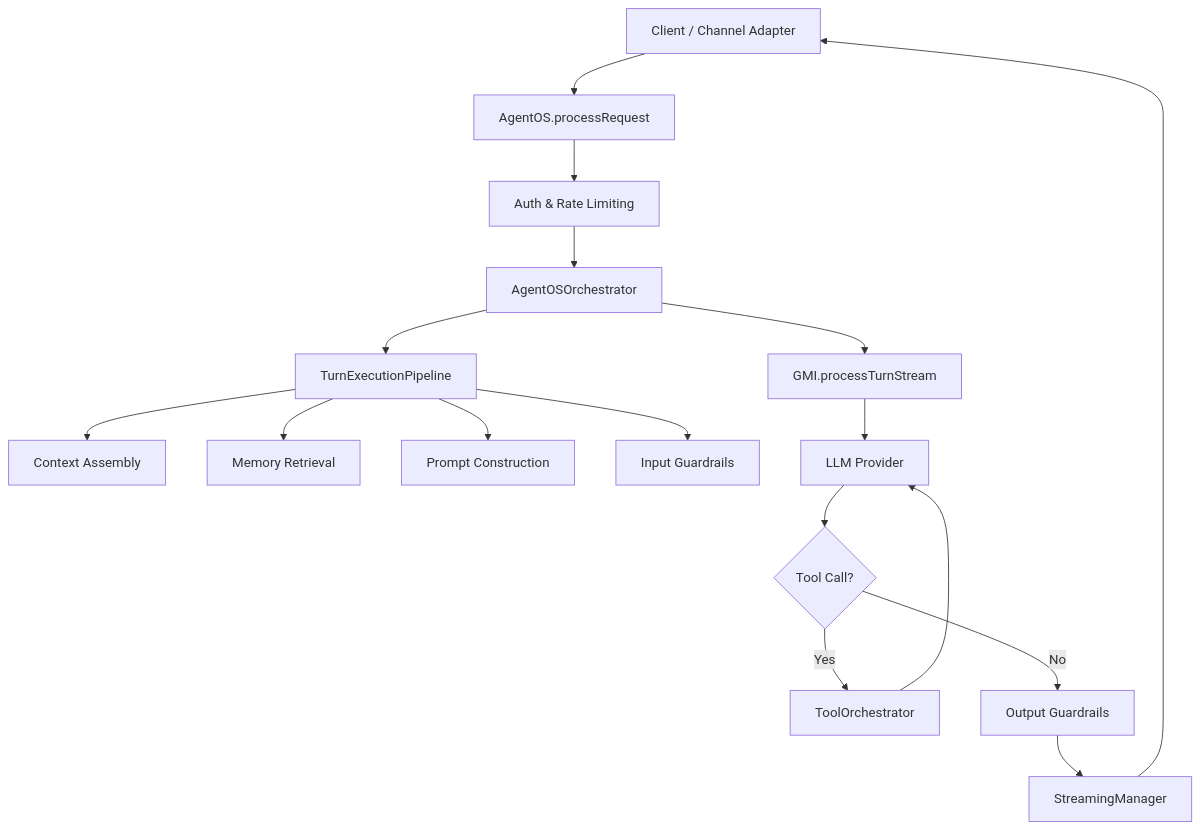
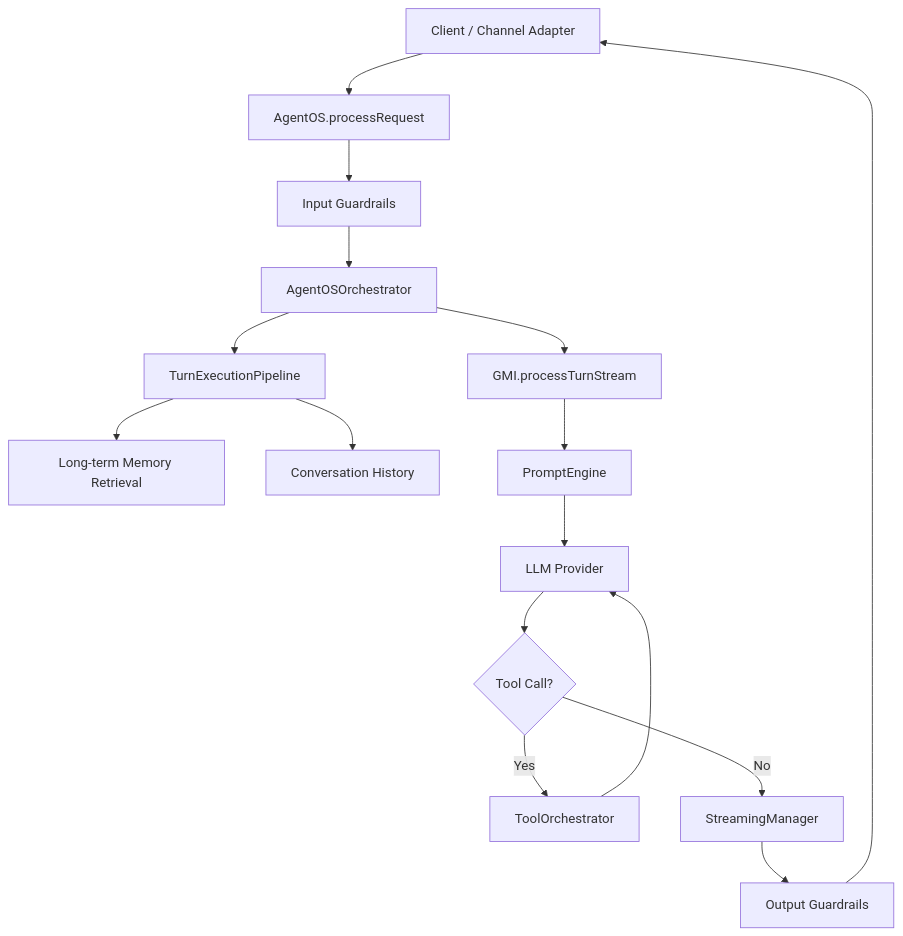
Before and after one commit to framerslab/agentos: the first of 10 diagrams in docs/architecture/ARCHITECTURE.md, drawn with Mermaid. The commit also changed other lines of this file and 1 other file, not shown here.

Commit message:
docs(architecture): map the source tree as it is and correct the extension, persona, memory, RAG, guardrail, channel and observability sections

````diff
--- a/docs/architecture/ARCHITECTURE.md
+++ b/docs/architecture/ARCHITECTURE.md
@@ -90,19 +75,18 @@
 ```mermaid
 graph TB
     Client[Client / Channel Adapter] --> API[AgentOS.processRequest]
-    API --> Auth[Auth & Rate Limiting]
-    Auth --> Orch[AgentOSOrchestrator]
+    API --> InputGuard[Input Guardrails]
+    InputGuard --> Orch[AgentOSOrchestrator]
     Orch --> TurnPipe[TurnExecutionPipeline]
-    TurnPipe --> CtxAssembly[Context Assembly]
-    TurnPipe --> MemRetrieve[Memory Retrieval]
-    TurnPipe --> PromptBuild[Prompt Construction]
-    TurnPipe --> InputGuard[Input Guardrails]
+    TurnPipe --> MemRetrieve[Long-term Memory Retrieval]
+    TurnPipe --> CtxAssembly[Conversation History]
     Orch --> GMI[GMI.processTurnStream]
-    GMI --> LLM[LLM Provider]
+    GMI --> PromptBuild[PromptEngine]
+    PromptBuild --> LLM[LLM Provider]
     LLM --> ToolCall{Tool Call?}
     ToolCall -->|Yes| ToolOrch[ToolOrchestrator]
     ToolOrch --> LLM
-    ToolCall -->|No| OutputGuard[Output Guardrails]
-    OutputGuard --> Stream[StreamingManager]
-    Stream --> Client
+    ToolCall -->|No| Stream[StreamingManager]
+    Stream --> OutputGuard[Output Guardrails]
+    OutputGuard --> Client
 ```
````
